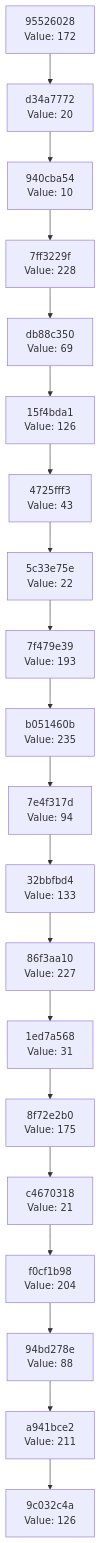
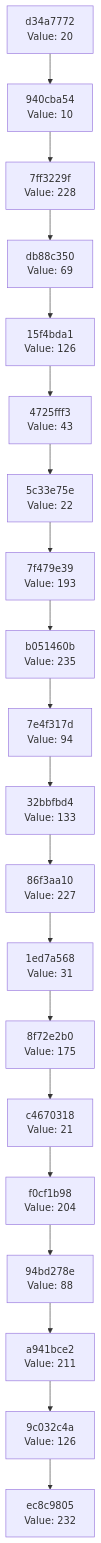
One commit to Abhisheksinha1506/hash-chain-evolver changed the diagram in docs/CHAIN_VISUALIZATION.md. Above: the diagram before and after it, drawn with Mermaid. The commit also changed 3 other files, not shown here.

````diff
--- a/docs/CHAIN_VISUALIZATION.md
+++ b/docs/CHAIN_VISUALIZATION.md
@@ -3,42 +3,42 @@
 ```mermaid
 graph TD
-    C0["9c032c4a<br/>Value: 126"]
-    C1["a941bce2<br/>Value: 211"]
+    C0["ec8c9805<br/>Value: 232"]
+    C1["9c032c4a<br/>Value: 126"]
     C1 --> C0
-    C2["94bd278e<br/>Value: 88"]
+    C2["a941bce2<br/>Value: 211"]
     C2 --> C1
-    C3["f0cf1b98<br/>Value: 204"]
+    C3["94bd278e<br/>Value: 88"]
     C3 --> C2
-    C4["c4670318<br/>Value: 21"]
+    C4["f0cf1b98<br/>Value: 204"]
     C4 --> C3
-    C5["8f72e2b0<br/>Value: 175"]
+    C5["c4670318<br/>Value: 21"]
     C5 --> C4
-    C6["1ed7a568<br/>Value: 31"]
+    C6["8f72e2b0<br/>Value: 175"]
     C6 --> C5
-    C7["86f3aa10<br/>Value: 227"]
+    C7["1ed7a568<br/>Value: 31"]
     C7 --> C6
-    C8["32bbfbd4<br/>Value: 133"]
+    C8["86f3aa10<br/>Value: 227"]
     C8 --> C7
-    C9["7e4f317d<br/>Value: 94"]
+    C9["32bbfbd4<br/>Value: 133"]
     C9 --> C8
-    C10["b051460b<br/>Value: 235"]
+    C10["7e4f317d<br/>Value: 94"]
     C10 --> C9
-    C11["7f479e39<br/>Value: 193"]
+    C11["b051460b<br/>Value: 235"]
     C11 --> C10
-    C12["5c33e75e<br/>Value: 22"]
+    C12["7f479e39<br/>Value: 193"]
     C12 --> C11
-    C13["4725fff3<br/>Value: 43"]
+    C13["5c33e75e<br/>Value: 22"]
     C13 --> C12
-    C14["15f4bda1<br/>Value: 126"]
+    C14["4725fff3<br/>Value: 43"]
     C14 --> C13
-    C15["db88c350<br/>Value: 69"]
+    C15["15f4bda1<br/>Value: 126"]
     C15 --> C14
-    C16["7ff3229f<br/>Value: 228"]
+    C16["db88c350<br/>Value: 69"]
     C16 --> C15
-    C17["940cba54<br/>Value: 10"]
+    C17["7ff3229f<br/>Value: 228"]
     C17 --> C16
-    C18["d34a7772<br/>Value: 20"]
+    C18["940cba54<br/>Value: 10"]
     C18 --> C17
-    C19["95526028<br/>Value: 172"]
+    C19["d34a7772<br/>Value: 20"]
     C19 --> C18
 ```
````
